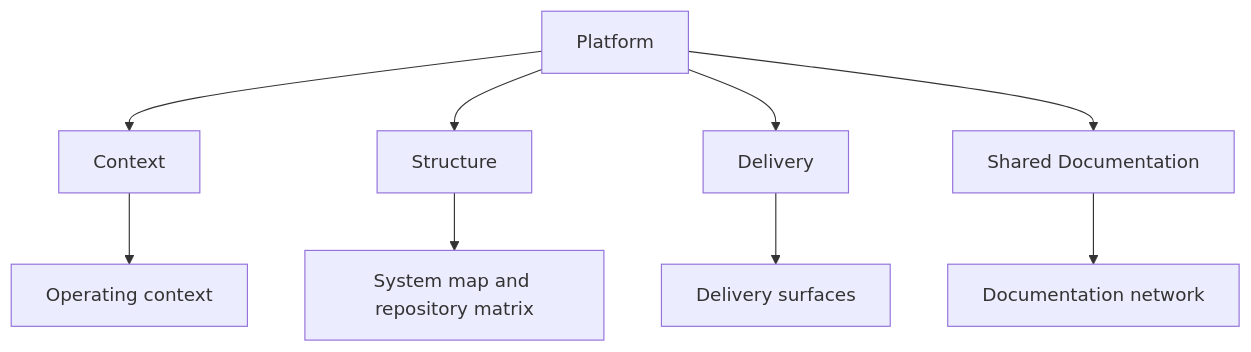
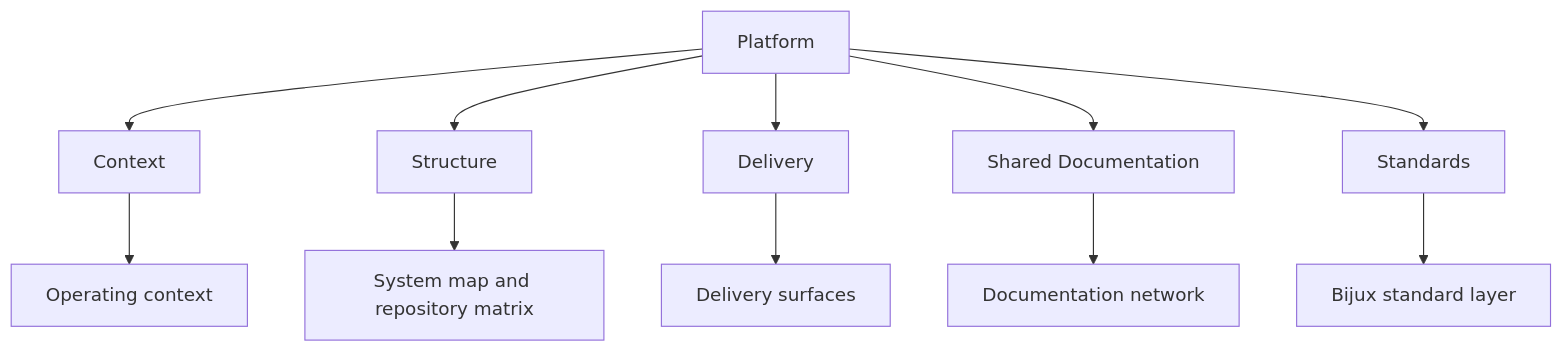
The diagram in docs/platform/index.md (bijux/bijux.github.io), drawn with Mermaid before and after one commit. The commit also changed other lines of this file, not shown here.

Commit message:
docs(platform): add standards branch to platform model

````diff
--- a/docs/platform/index.md
+++ b/docs/platform/index.md
@@ -27,12 +29,14 @@
 ```mermaid
 graph TD
     platform["Platform"] --> context["Context"]
     platform --> structure["Structure"]
     platform --> delivery["Delivery"]
     platform --> docs["Shared Documentation"]
+    platform --> standards["Standards"]
 
     context --> operating["Operating context"]
     structure --> maps["System map and repository matrix"]
     delivery --> surfaces["Delivery surfaces"]
     docs --> network["Documentation network"]
+    standards --> std["Bijux standard layer"]
 ```
````
